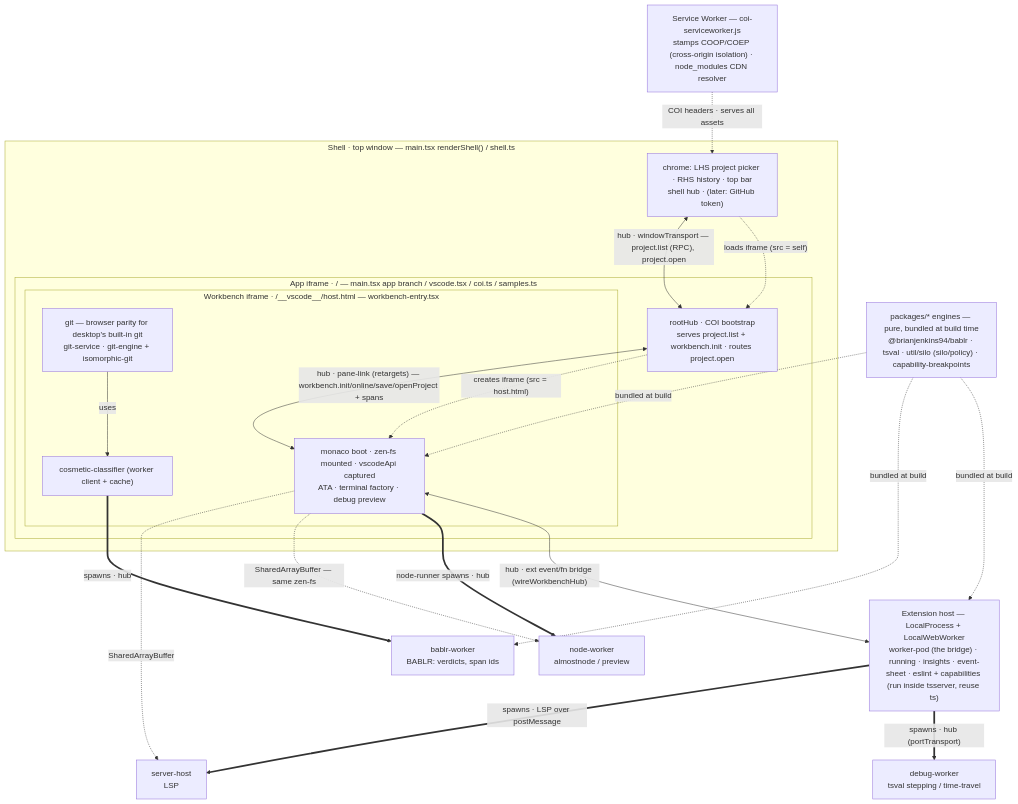
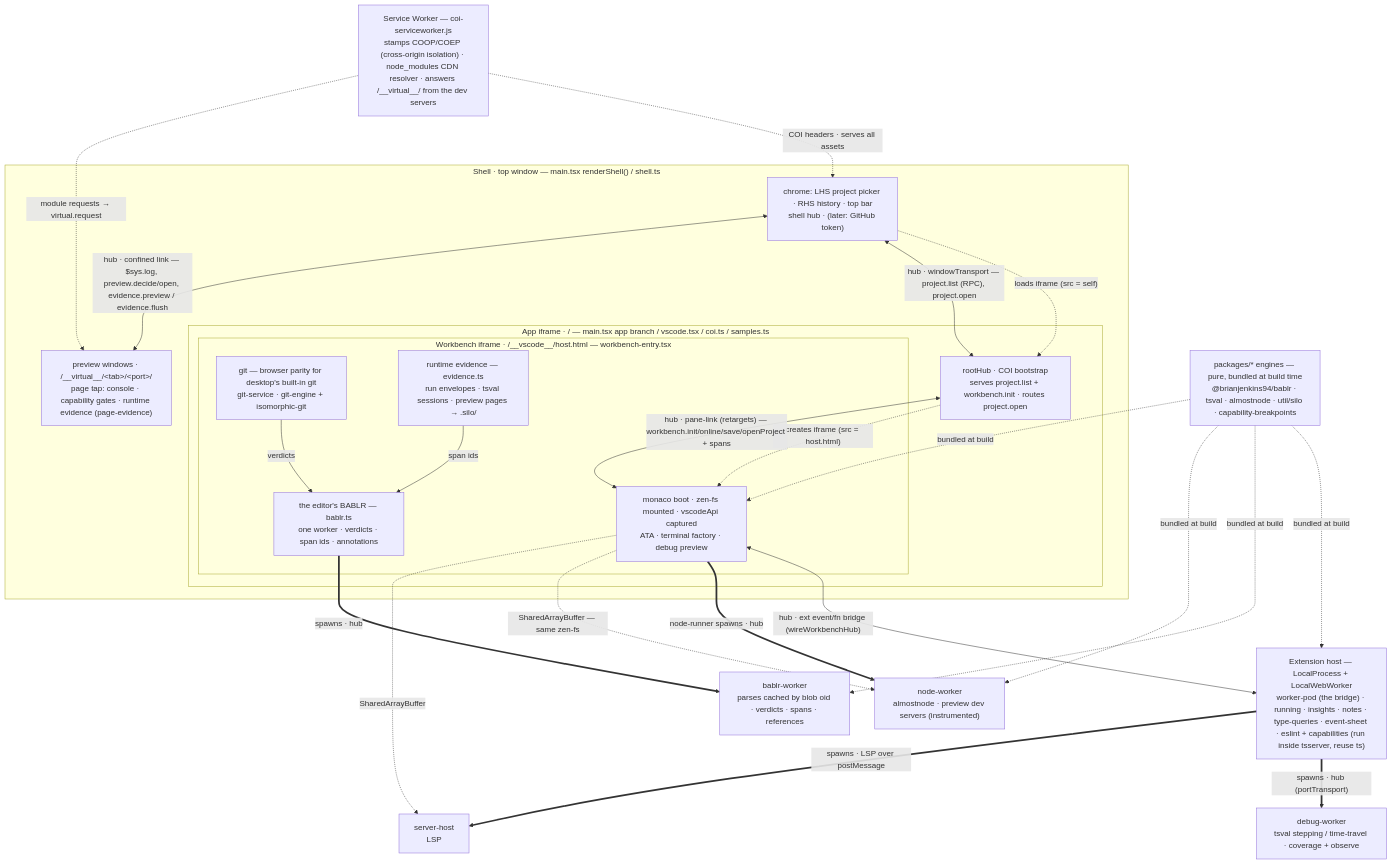
Before and after one commit to brianjenkins94/editor: the first of 2 diagrams in packages/vscode/ARCHITECTURE.md, drawn with Mermaid. The commit also changed other lines of this file, not shown here.

First line of the commit message:
vscode: ARCHITECTURE.md's hand-written parts say what's there now

````diff
--- a/packages/vscode/ARCHITECTURE.md
+++ b/packages/vscode/ARCHITECTURE.md
@@ -172,46 +182,52 @@
 ```mermaid
 flowchart TB
-  SW["Service Worker — coi-serviceworker.js<br/>stamps COOP/COEP (cross-origin isolation) · node_modules CDN resolver"]
+  SW["Service Worker — coi-serviceworker.js<br/>stamps COOP/COEP (cross-origin isolation) · node_modules CDN resolver · answers /__virtual__/ from the dev servers"]
 
   subgraph SHELL["Shell · top window — main.tsx renderShell() / shell.ts"]
     S["chrome: LHS project picker · RHS history · top bar<br/>shell hub · (later: GitHub token)"]
+    PV["preview windows · /__virtual__/&lt;tab&gt;/&lt;port&gt;/<br/>page tap: console · capability gates · runtime evidence (page-evidence)"]
     subgraph APP["App iframe · / — main.tsx app branch / vscode.tsx / coi.ts / samples.ts"]
       A["rootHub · COI bootstrap<br/>serves project.list + workbench.init · routes project.open"]
       subgraph WB["Workbench iframe · /__vscode__/host.html — workbench-entry.tsx"]
         W["monaco boot · zen-fs mounted · vscodeApi captured<br/>ATA · terminal factory · debug preview"]
         GIT["git — browser parity for desktop's built-in git<br/>git-service · git-engine + isomorphic-git"]
-        COS["cosmetic-classifier (worker client + cache)"]
+        BAB["the editor's BABLR — bablr.ts<br/>one worker · verdicts · span ids · annotations"]
+        EV["runtime evidence — evidence.ts<br/>run envelopes · tsval sessions · preview pages → .silo/"]
       end
     end
   end
 
-  EXT["Extension host — LocalProcess + LocalWebWorker<br/>worker-pod (the bridge) · running · insights · event-sheet · eslint + capabilities (run inside tsserver, reuse ts)"]
+  EXT["Extension host — LocalProcess + LocalWebWorker<br/>worker-pod (the bridge) · running · insights · notes · type-queries · event-sheet · eslint + capabilities (run inside tsserver, reuse ts)"]
 
-  NW["node-worker<br/>almostnode / preview"]
-  DW["debug-worker<br/>tsval stepping / time-travel"]
+  NW["node-worker<br/>almostnode · preview dev servers (instrumented)"]
+  DW["debug-worker<br/>tsval stepping / time-travel · coverage + observe"]
   SH["server-host<br/>LSP"]
-  CW["bablr-worker<br/>BABLR: verdicts, span ids"]
+  CW["bablr-worker<br/>parses cached by blob oid · verdicts · spans · references"]
 
-  PKG["packages/* engines — pure, bundled at build time<br/>@brianjenkins94/bablr · tsval · util/silo (silo/policy) · capability-breakpoints"]
+  PKG["packages/* engines — pure, bundled at build time<br/>@brianjenkins94/bablr · tsval · almostnode · util/silo · capability-breakpoints"]
 
   S -.->|"loads iframe (src = self)"| A
   A -.->|"creates iframe (src = host.html)"| W
 
   S <-->|"hub · windowTransport — project.list (RPC), project.open"| A
+  S <-->|"hub · confined link — $sys.log, preview.decide/open, evidence.preview / evidence.flush"| PV
   A <-->|"hub · pane-link (retargets) — workbench.init/online/save/openProject + spans"| W
   W <-->|"hub · ext event/fn bridge (wireWorkbenchHub)"| EXT
 
   W ==>|"node-runner spawns · hub"| NW
   EXT ==>|"spawns · hub (portTransport)"| DW
   EXT ==>|"spawns · LSP over postMessage"| SH
-  COS ==>|"spawns · hub"| CW
-  GIT -->|"uses"| COS
+  BAB ==>|"spawns · hub"| CW
+  GIT -->|"verdicts"| BAB
+  EV -->|"span ids"| BAB
 
   W -.->|"SharedArrayBuffer — same zen-fs"| NW
   W -.->|"SharedArrayBuffer"| SH
 
   SW -.->|"COI headers · serves all assets"| S
+  SW -.->|"module requests → virtual.request"| PV
   PKG -.->|"bundled at build"| W
   PKG -.->|"bundled at build"| EXT
   PKG -.->|"bundled at build"| CW
+  PKG -.->|"bundled at build"| NW
 ```
````
